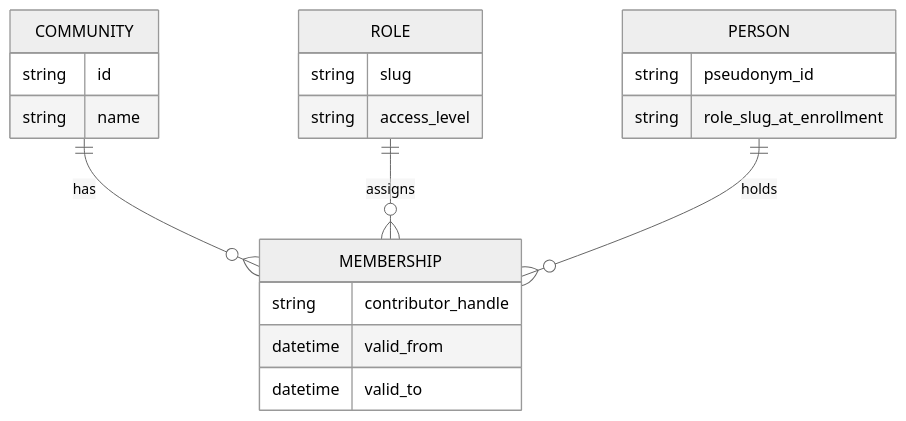
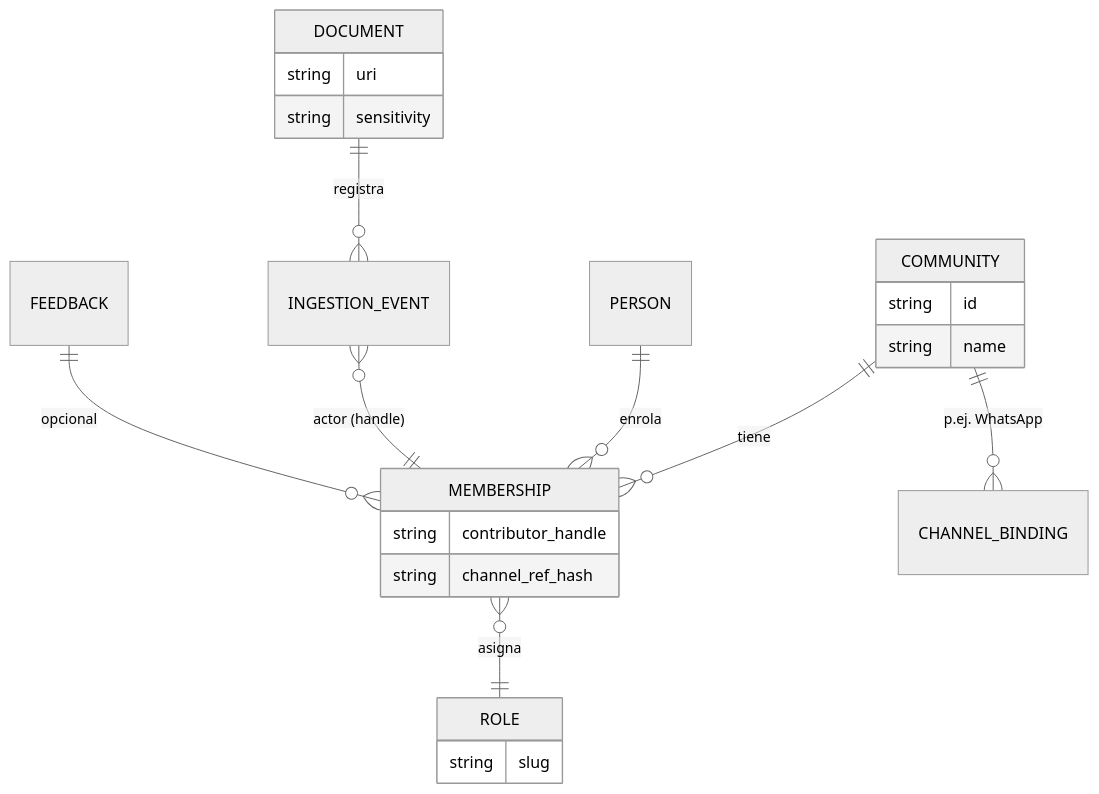
The second of 2 diagrams in docs/planning/dia_02_gobernanza_roles_y_accesos.md (ariutokintumi/IAldea-org), drawn with Mermaid (neutral theme) before and after one commit. The commit also changed other lines of this file and 18 other files, not shown here.

First line of the commit message:
add role matrix docs, WhatsApp policy, and agent pipeline

````diff
--- a/docs/planning/dia_02_gobernanza_roles_y_accesos.md
+++ b/docs/planning/dia_02_gobernanza_roles_y_accesos.md
@@ -109,24 +148,26 @@
 ```mermaid
 erDiagram
-  COMMUNITY ||--o{ MEMBERSHIP : has
-  ROLE ||--o{ MEMBERSHIP : assigns
-  PERSON ||--o{ MEMBERSHIP : holds
+  COMMUNITY ||--o{ MEMBERSHIP : tiene
+  PERSON ||--o{ MEMBERSHIP : enrola
+  MEMBERSHIP }o--|| ROLE : asigna
+  DOCUMENT ||--o{ INGESTION_EVENT : registra
+  INGESTION_EVENT }o--|| MEMBERSHIP : "actor (handle)"
+  FEEDBACK ||--o{ MEMBERSHIP : "opcional"
+  COMMUNITY ||--o{ CHANNEL_BINDING : "p.ej. WhatsApp"
 
   COMMUNITY {
     string id
     string name
   }
   ROLE {
     string slug
-    string access_level
   }
   MEMBERSHIP {
     string contributor_handle
-    datetime valid_from
-    datetime valid_to
+    string channel_ref_hash
   }
-  PERSON {
-    string pseudonym_id
-    string role_slug_at_enrollment
+  DOCUMENT {
+    string uri
+    string sensitivity
   }
 ```
````
